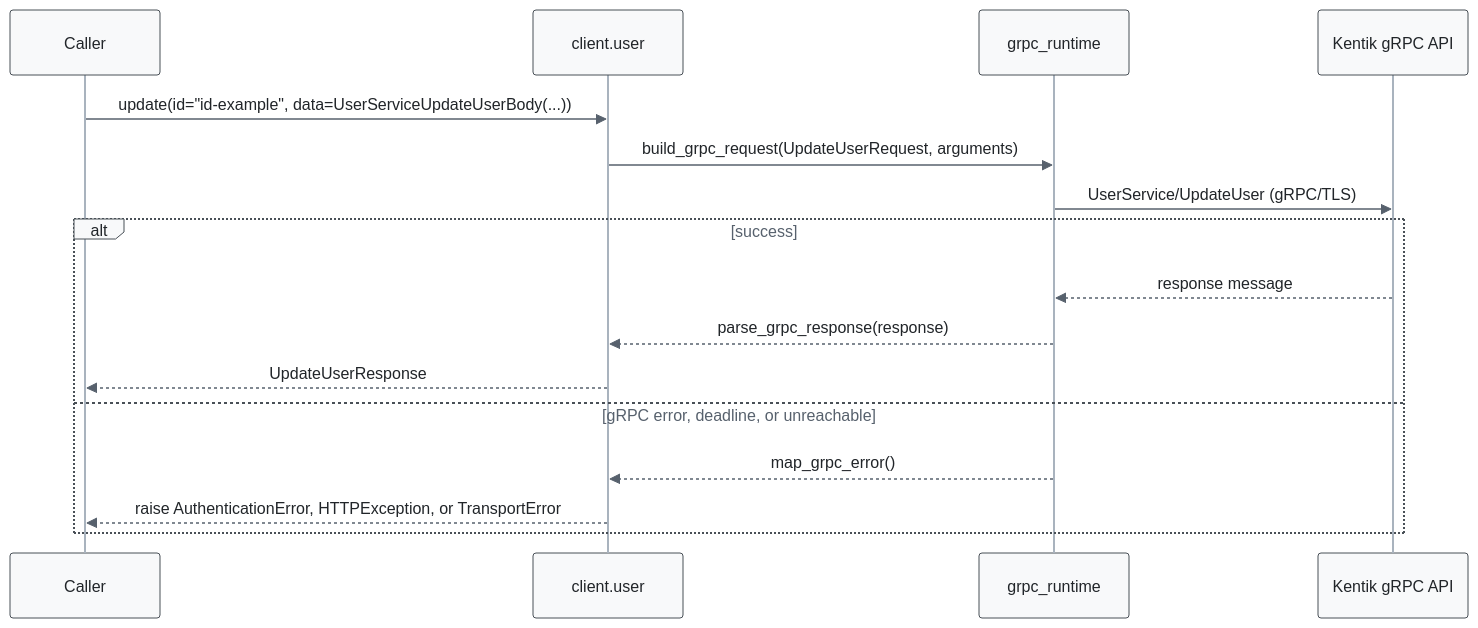
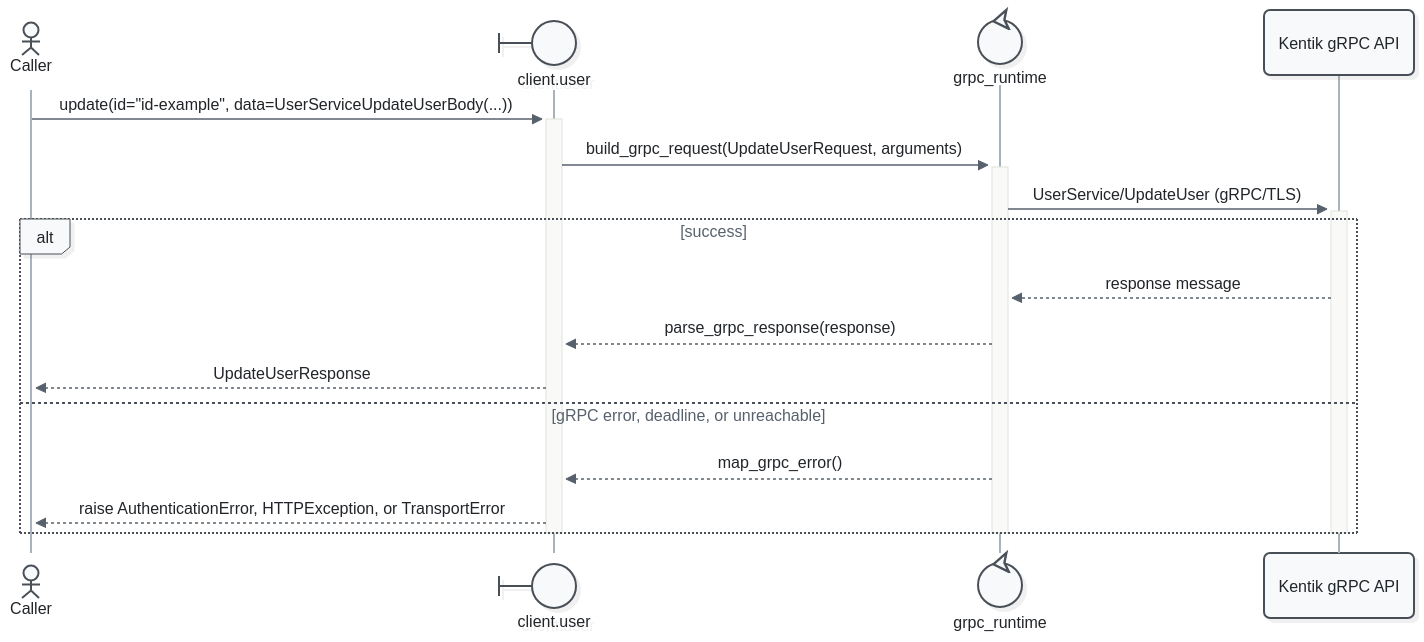
Before and after one commit to alexdearaujo/community_sdk_python: the eighth of 15 diagrams in docs/sphinx/services/user.md, drawn with Mermaid. The commit also changed other lines of this file and 52 other files, not shown here.

First line of the commit message:
docs: Mermaid 12 sequence diagrams with participant types and path colors

````diff
--- a/docs/sphinx/services/user.md
+++ b/docs/sphinx/services/user.md
@@ -282,20 +299,23 @@
 ```mermaid
-%%{init: {"theme": "base", "fontFamily": "ui-monospace, SFMono-Regular, Menlo, monospace", "themeVariables": {"fontFamily": "ui-monospace, SFMono-Regular, Menlo, monospace", "primaryColor": "#f8f9fa", "primaryBorderColor": "#495057", "primaryTextColor": "#212529", "textColor": "#212529", "lineColor": "#77818c", "edgeLabelBackground": "#ffffff", "actorBkg": "#f8f9fa", "actorBorder": "#495057", "actorTextColor": "#212529", "actorLineColor": "#a9b3be", "signalColor": "#57616d", "signalTextColor": "#212529", "labelBoxBkgColor": "#f8f9fa", "labelBoxBorderColor": "#495057", "labelTextColor": "#212529", "loopTextColor": "#57616d", "noteBkgColor": "#fff9db", "noteBorderColor": "#f08c00", "noteTextColor": "#a35a00"}, "flowchart": {"curve": "step", "nodeSpacing": 30, "rankSpacing": 70, "wrappingWidth": 400}}}%%
+%%{init: {"theme": "redux", "look": "neo", "layout": "dagre", "fontFamily": "ui-monospace, SFMono-Regular, Menlo, monospace", "themeVariables": {"fontFamily": "ui-monospace, SFMono-Regular, Menlo, monospace", "primaryColor": "#f8f9fa", "primaryBorderColor": "#495057", "primaryTextColor": "#212529", "textColor": "#212529", "lineColor": "#77818c", "edgeLabelBackground": "#ffffff", "actorBkg": "#f8f9fa", "actorBorder": "#495057", "actorTextColor": "#212529", "actorLineColor": "#a9b3be", "signalColor": "#57616d", "signalTextColor": "#212529", "labelBoxBkgColor": "#f8f9fa", "labelBoxBorderColor": "#495057", "labelTextColor": "#212529", "loopTextColor": "#57616d", "noteBkgColor": "#fff9db", "noteBorderColor": "#f08c00", "noteTextColor": "#a35a00"}, "sequence": {"activationWidth": 16}, "flowchart": {"curve": "step", "nodeSpacing": 30, "rankSpacing": 70, "wrappingWidth": 400}}}%%
 sequenceDiagram
-    participant C as Caller
-    participant W as client.user
-    participant R as grpc_runtime
+    actor C as Caller
+    participant W@{ "type": "boundary" } as client.user
+    participant R@{ "type": "control" } as grpc_runtime
     participant API as Kentik gRPC API
 
-    C->>W: update(id="id-example", data=UserServiceUpdateUserBody(...))
-    W->>R: build_grpc_request(UpdateUserRequest, arguments)
-    R->>API: UserService/UpdateUser (gRPC/TLS)
+    C->>+W: update(id="id-example", data=UserServiceUpdateUserBody(...))
+    W->>+R: build_grpc_request(UpdateUserRequest, arguments)
+    R->>+API: UserService/UpdateUser (gRPC/TLS)
     alt success
         API-->>R: response message
         R-->>W: parse_grpc_response(response)
         W-->>C: UpdateUserResponse
     else gRPC error, deadline, or unreachable
         R-->>W: map_grpc_error()
         W-->>C: raise AuthenticationError, HTTPException, or TransportError
     end
+    deactivate API
+    deactivate R
+    deactivate W
 ```
````
